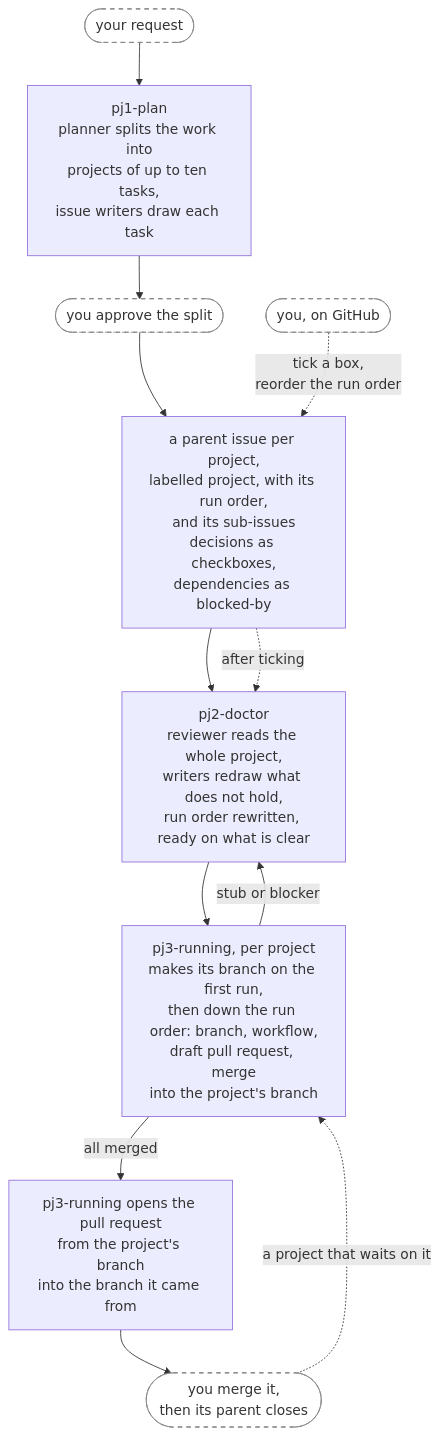
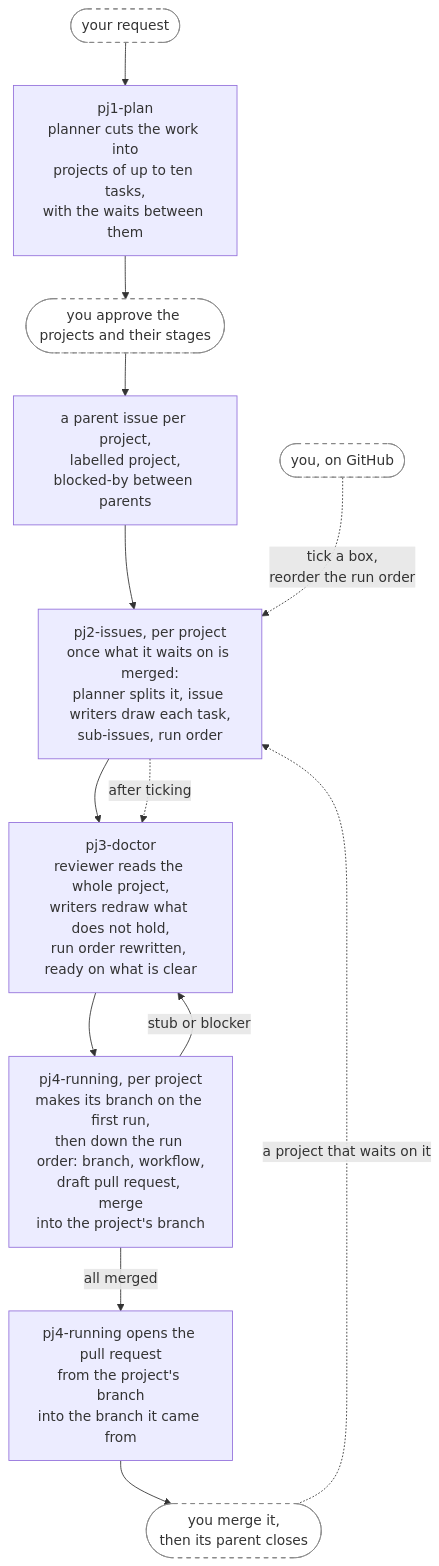
One commit to annetaan/claude-plugins changed the third of 4 diagrams in plugins/annetaan/README.md. Above: the diagram before and after it, drawn with Mermaid. The commit also changed other lines of this file and 21 other files, not shown here.

First line of the commit message:
feat: split pj1-plan into project planning and pj2-issues (#35)

````diff
--- a/plugins/annetaan/README.md
+++ b/plugins/annetaan/README.md
@@ -219,17 +238,18 @@
 ```mermaid
 flowchart TD
-    req(["your request"]) --> plan["pj1-plan<br/>planner splits the work into<br/>projects of up to ten tasks,<br/>issue writers draw each task"]
-    plan --> approve(["you approve the split"]) --> filed["a parent issue per project,<br/>labelled project, with its run order,<br/>and its sub-issues<br/>decisions as checkboxes,<br/>dependencies as blocked-by"]
-    filed --> doctor["pj2-doctor<br/>reviewer reads the whole project,<br/>writers redraw what does not hold,<br/>run order rewritten, ready on what is clear"]
-    doctor --> run["pj3-running, per project<br/>makes its branch on the first run,<br/>then down the run order: branch, workflow,<br/>draft pull request, merge<br/>into the project's branch"]
+    req(["your request"]) --> plan["pj1-plan<br/>planner cuts the work into<br/>projects of up to ten tasks,<br/>with the waits between them"]
+    plan --> approve(["you approve the projects and their stages"]) --> filed["a parent issue per project,<br/>labelled project,<br/>blocked-by between parents"]
+    filed --> split["pj2-issues, per project<br/>once what it waits on is merged:<br/>planner splits it, issue writers draw each task,<br/>sub-issues, run order"]
+    split --> doctor["pj3-doctor<br/>reviewer reads the whole project,<br/>writers redraw what does not hold,<br/>run order rewritten, ready on what is clear"]
+    doctor --> run["pj4-running, per project<br/>makes its branch on the first run,<br/>then down the run order: branch, workflow,<br/>draft pull request, merge<br/>into the project's branch"]
     run -->|"stub or blocker"| doctor
-    run -->|"all merged"| pr["pj3-running opens the pull request<br/>from the project's branch<br/>into the branch it came from"]
+    run -->|"all merged"| pr["pj4-running opens the pull request<br/>from the project's branch<br/>into the branch it came from"]
     pr --> done(["you merge it,<br/>then its parent closes"])
-    done -.->|"a project that waits on it"| run
+    done -.->|"a project that waits on it"| split
 
-    you(["you, on GitHub"]) -.->|"tick a box,<br/>reorder the run order"| filed
-    filed -.->|"after ticking"| doctor
+    you(["you, on GitHub"]) -.->|"tick a box,<br/>reorder the run order"| split
+    split -.->|"after ticking"| doctor
 
     classDef human fill:#fff,stroke:#888,stroke-dasharray: 5 5
     class req,approve,you,done human
 ```
````
